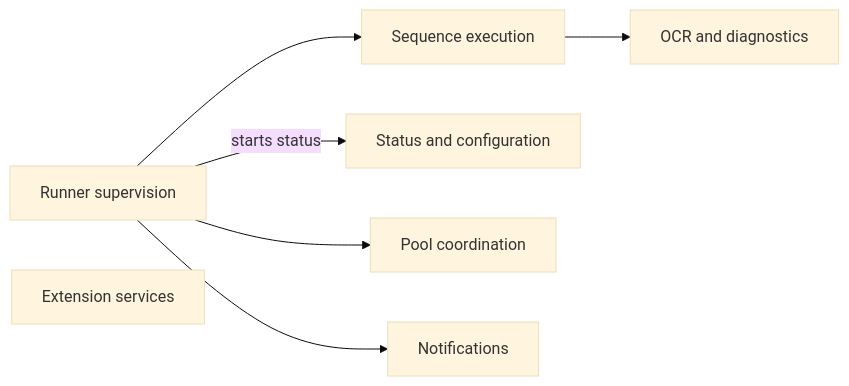
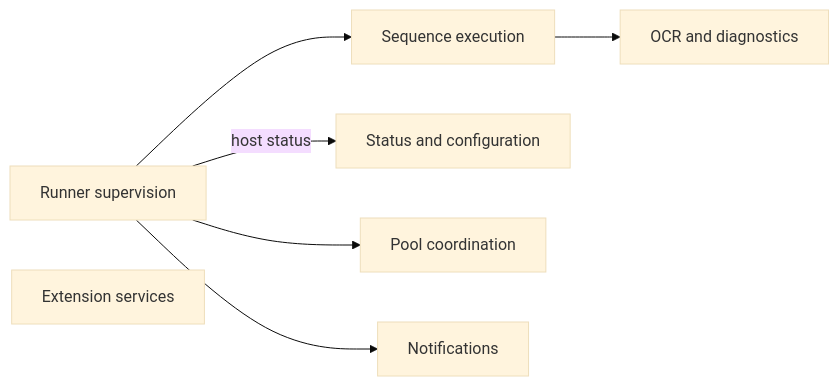
The third of 7 diagrams in docs/design/02-component-breakdown.md (alissonsol/yuruna), drawn with Mermaid (base theme) before and after one commit. The commit also changed other lines of this file and 1343 other files, not shown here.

````diff
--- a/docs/design/02-component-breakdown.md
+++ b/docs/design/02-component-breakdown.md
@@ -85,15 +88,15 @@
 ```mermaid
 flowchart LR
-    start-testrunner-ps1["Runner supervision"]
-    test-sequencerunner-psm1["Sequence execution"]
-    test-ocrengine-psm1["OCR and diagnostics"]
-    start-statusservice-ps1["Status and configuration"]
+    start-test-runner-ps1["Runner supervision"]
+    test-sequence-runner-psm1["Sequence execution"]
+    test-ocr-engine-psm1["OCR and diagnostics"]
+    start-status-service-ps1["Status and configuration"]
     test-pool["Pool coordination"]
     test-extension["Extension services"]
     test-notify-psm1["Notifications"]
-    start-testrunner-ps1 --> test-sequencerunner-psm1
-    test-sequencerunner-psm1 --> test-ocrengine-psm1
-    start-testrunner-ps1 -->|starts status| start-statusservice-ps1
-    start-testrunner-ps1 --> test-pool
-    start-testrunner-ps1 --> test-notify-psm1
+    start-test-runner-ps1 --> test-sequence-runner-psm1
+    test-sequence-runner-psm1 --> test-ocr-engine-psm1
+    start-test-runner-ps1 -->|host status| start-status-service-ps1
+    start-test-runner-ps1 --> test-pool
+    start-test-runner-ps1 --> test-notify-psm1
 ```
````
